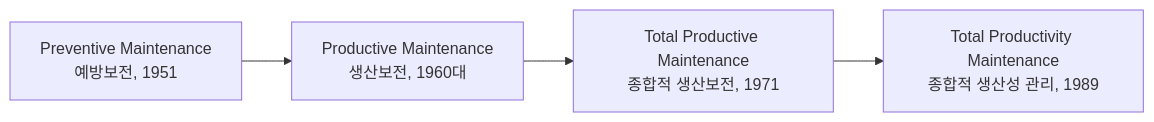
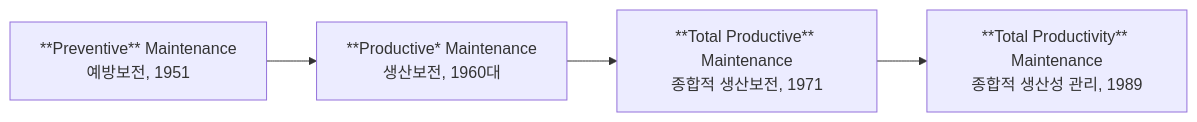
The first of 5 diagrams in 0602설비보전관리.qmd (yeonkyupark/pepc2e), drawn with Mermaid before and after one commit. The commit also changed other lines of this file, not shown here.

````diff
--- a/0602설비보전관리.qmd
+++ b/0602설비보전관리.qmd
@@ -10,9 +10,9 @@
 ```{mermaid}
 flowchart LR
-1["Preventive Maintenance<br>예방보전, 1951"]
-2["Productive Maintenance<br>생산보전, 1960대"]
-3["Total Productive Maintenance<br>종합적 생산보전, 1971"]
-4["Total Productivity Maintenance<br>종합적 생산성 관리, 1989"]
+1["**Preventive** Maintenance<br>예방보전, 1951"]
+2["**Productive* Maintenance<br>생산보전, 1960대"]
+3["**Total Productive** Maintenance<br>종합적 생산보전, 1971"]
+4["**Total Productivity** Maintenance<br>종합적 생산성 관리, 1989"]
 
 1 --> 2 --> 3 --> 4
 ```
````
